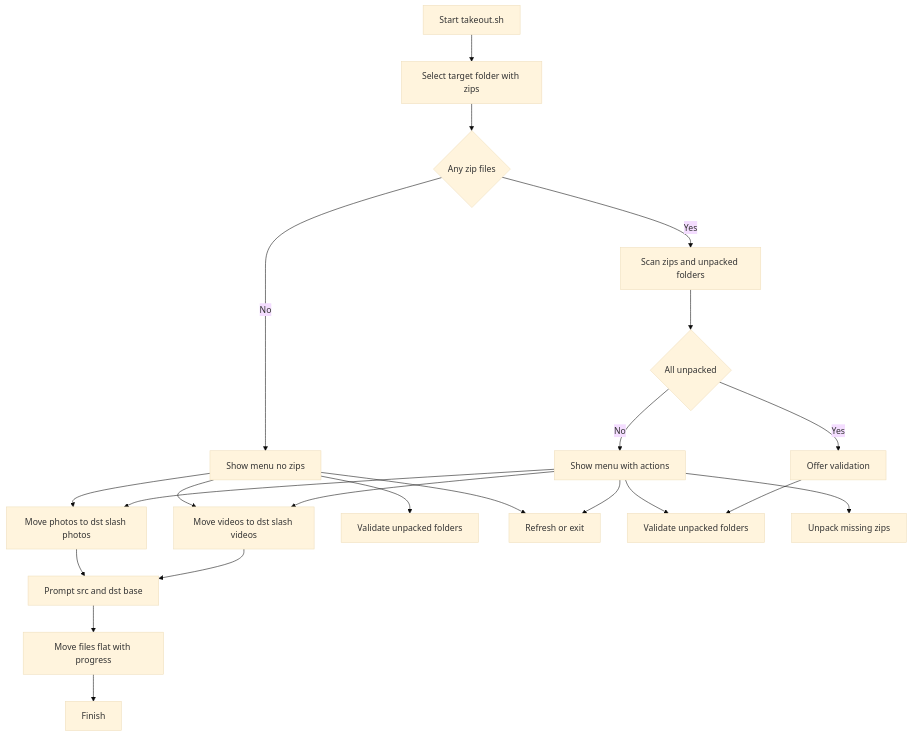
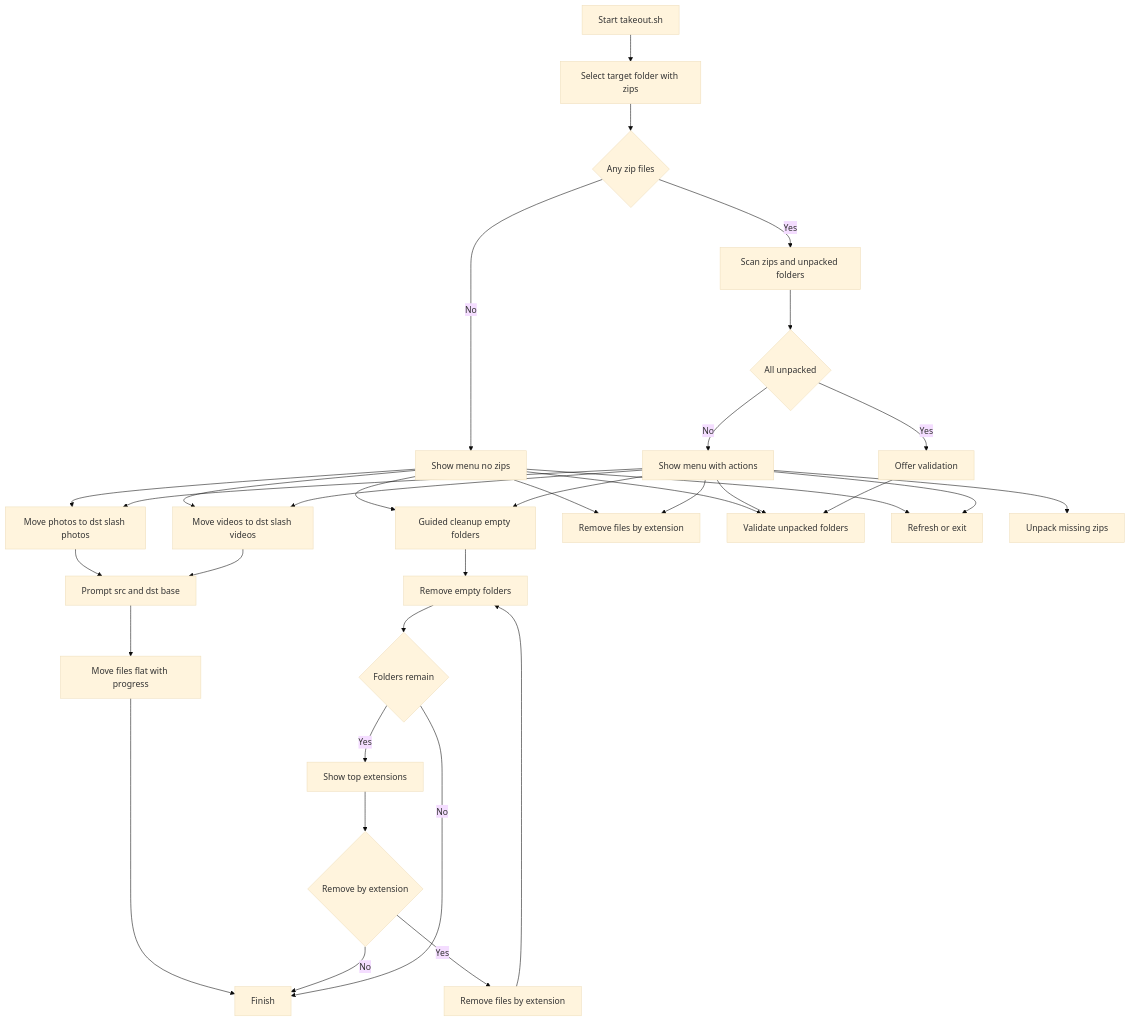
Before and after one commit to starodubtsevconsulting/google-photos-take-away: the diagram in README.md, drawn with Mermaid (base theme). The commit also changed other lines of this file, not shown here.

Commit message:
docs: describe guided cleanup (README.md)

````diff
--- a/README.md
+++ b/README.md
@@ -60,28 +64,41 @@
 ```mermaid
 flowchart TD
   A[Start takeout.sh] --> B[Select target folder with zips]
   B --> C{Any zip files}
   C -->|No| D[Show menu no zips]
   C -->|Yes| E[Scan zips and unpacked folders]
   E --> F{All unpacked}
   F -->|Yes| G[Offer validation]
   F -->|No| H[Show menu with actions]
 
   D --> I[Move photos to dst slash photos]
   D --> J[Move videos to dst slash videos]
-  D --> K[Validate unpacked folders]
-  D --> L[Refresh or exit]
+  D --> K[Guided cleanup empty folders]
+  D --> L[Remove files by extension]
+  D --> M[Validate unpacked folders]
+  D --> N[Refresh or exit]
 
   H --> M[Validate unpacked folders]
-  H --> N[Unpack missing zips]
+  H --> O[Unpack missing zips]
   H --> I
   H --> J
+  H --> K
   H --> L
+  H --> N
 
   I --> P[Prompt src and dst base]
   J --> P
   P --> Q[Move files flat with progress]
   Q --> R[Finish]
 
+  K --> S[Remove empty folders]
+  S --> T{Folders remain}
+  T -->|Yes| U[Show top extensions]
+  U --> V{Remove by extension}
+  V -->|Yes| W[Remove files by extension]
+  W --> S
+  V -->|No| R
+  T -->|No| R
+
   G --> M
 ```
````
